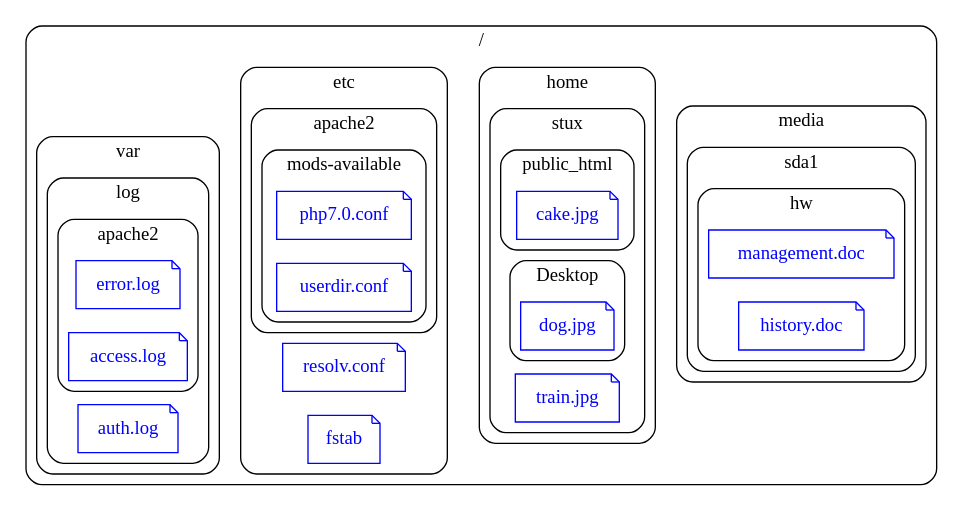
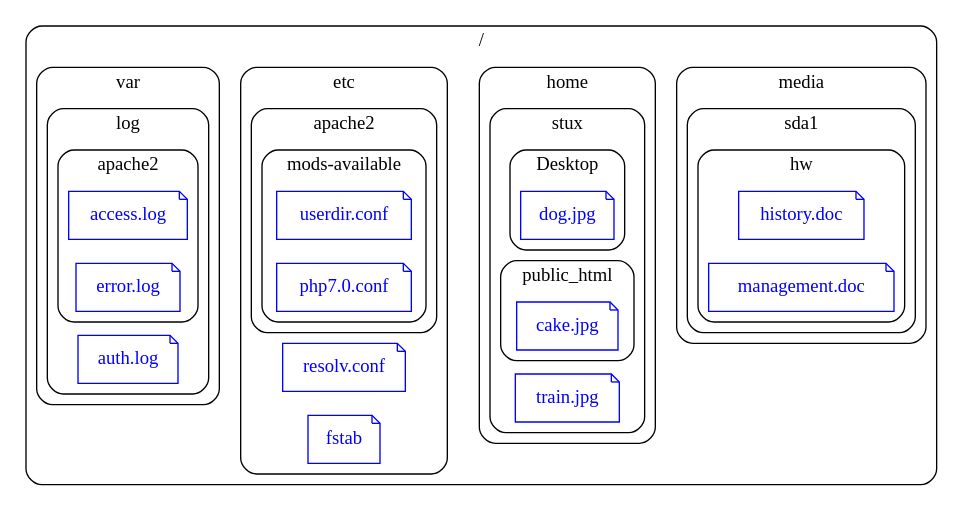
Before and after one commit to ckhung/dirtree2dot: the diagram in ex2.dot, drawn with Graphviz. The commit also changed 10 other files, not shown here.

```diff
--- a/ex2.dot
+++ b/ex2.dot
@@ -1,67 +1,66 @@
 digraph G {
   rankdir = LR;
   overlap = scale;
   # http://www.graphviz.org/content/global-subgraph-style-statements
   graph [shape="folder", style="rounded"];
   node [shape="note", color="blue", fontcolor="blue"];
-  edge [style=invis];
   subgraph "cluster" {
     label="/";
     subgraph "cluster/home" {
       label="home";
       subgraph "cluster/home/stux" {
         label="stux";
+        subgraph "cluster/home/stux/Desktop" {
+          label="Desktop";
+          "/home/stux/Desktop/dog.jpg" [ label="dog.jpg"];
+        }
+        "/home/stux/train.jpg" [ label="train.jpg"];
         subgraph "cluster/home/stux/public_html" {
           label="public_html";
           "/home/stux/public_html/cake.jpg" [ label="cake.jpg"];
         }
-        "/home/stux/train.jpg" [ label="train.jpg"];
-        subgraph "cluster/home/stux/Desktop" {
-          label="Desktop";
-          "/home/stux/Desktop/dog.jpg" [ label="dog.jpg"];
+      }
+    }
+    subgraph "cluster/var" {
+      label="var";
+      subgraph "cluster/var/log" {
+        label="log";
+        "/var/log/auth.log" [ label="auth.log"];
+        subgraph "cluster/var/log/apache2" {
+          label="apache2";
+          "/var/log/apache2/access.log" [ label="access.log"];
+          "/var/log/apache2/error.log" [ label="error.log"];
         }
       }
     }
     subgraph "cluster/media" {
       label="media";
       subgraph "cluster/media/sda1" {
         label="sda1";
         subgraph "cluster/media/sda1/hw" {
           label="hw";
+          "/media/sda1/hw/history.doc" [ label="history.doc"];
           "/media/sda1/hw/management.doc" [ label="management.doc"];
-          "/media/sda1/hw/history.doc" [ label="history.doc"];
         }
       }
     }
     subgraph "cluster/etc" {
       label="etc";
       "/etc/resolv.conf" [ label="resolv.conf"];
       "/etc/fstab" [ label="fstab"];
       subgraph "cluster/etc/apache2" {
         label="apache2";
         subgraph "cluster/etc/apache2/mods-available" {
           label="mods-available";
+          "/etc/apache2/mods-available/userdir.conf" [ label="userdir.conf"];
           "/etc/apache2/mods-available/php7.0.conf" [ label="php7.0.conf"];
-          "/etc/apache2/mods-available/userdir.conf" [ label="userdir.conf"];
-        }
-      }
-    }
-    subgraph "cluster/var" {
-      label="var";
-      subgraph "cluster/var/log" {
-        label="log";
-        "/var/log/auth.log" [ label="auth.log"];
-        subgraph "cluster/var/log/apache2" {
-          label="apache2";
-          "/var/log/apache2/error.log" [ label="error.log"];
-          "/var/log/apache2/access.log" [ label="access.log"];
         }
       }
     }
   }
-  "/var/log/apache2/error.log" ->
-  "/etc/apache2/mods-available/userdir.conf" ->
-  "/home/stux/Desktop/dog.jpg" ->
-  "/media/sda1/hw/history.doc";
+   "/var/log/apache2/error.log" ->
+   "/etc/apache2/mods-available/userdir.conf" ->
+   "/home/stux/Desktop/dog.jpg" ->
+   "/media/sda1/hw/history.doc" [style=invis] ;
 
 }
```
